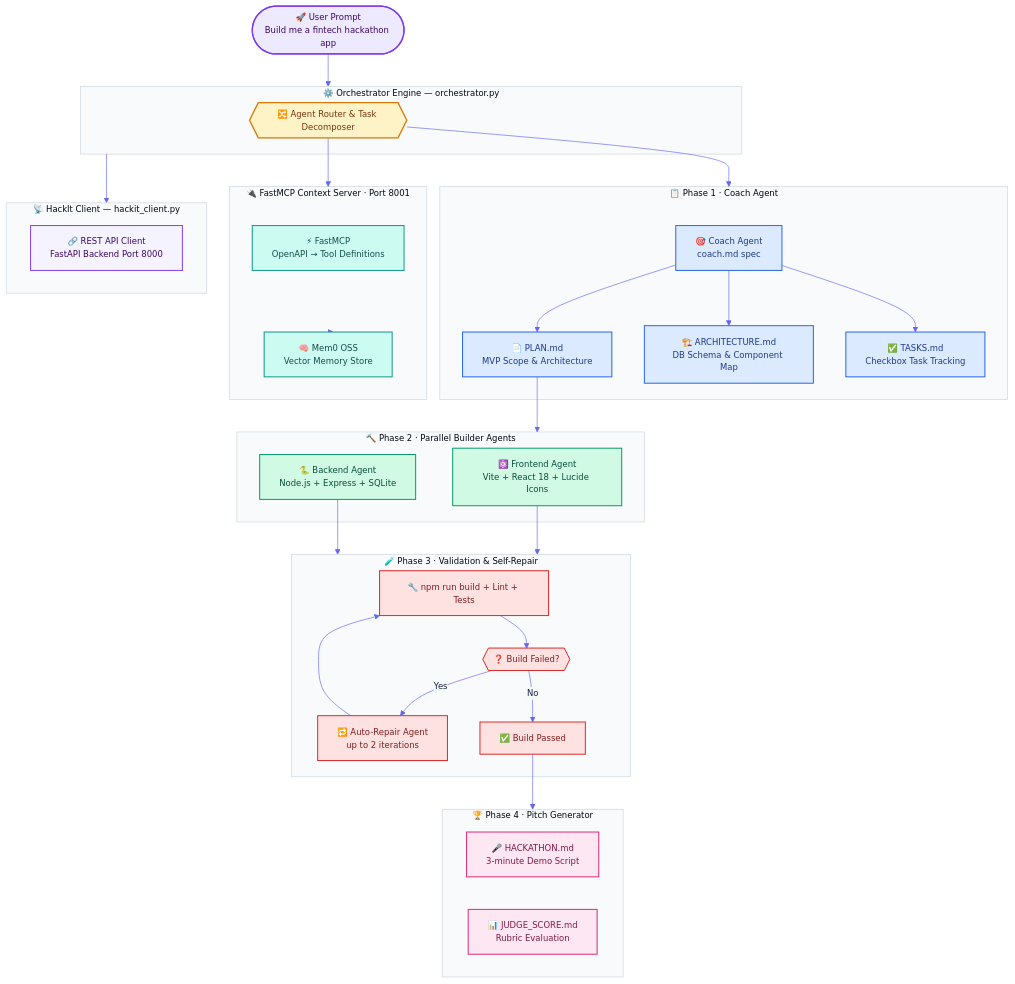
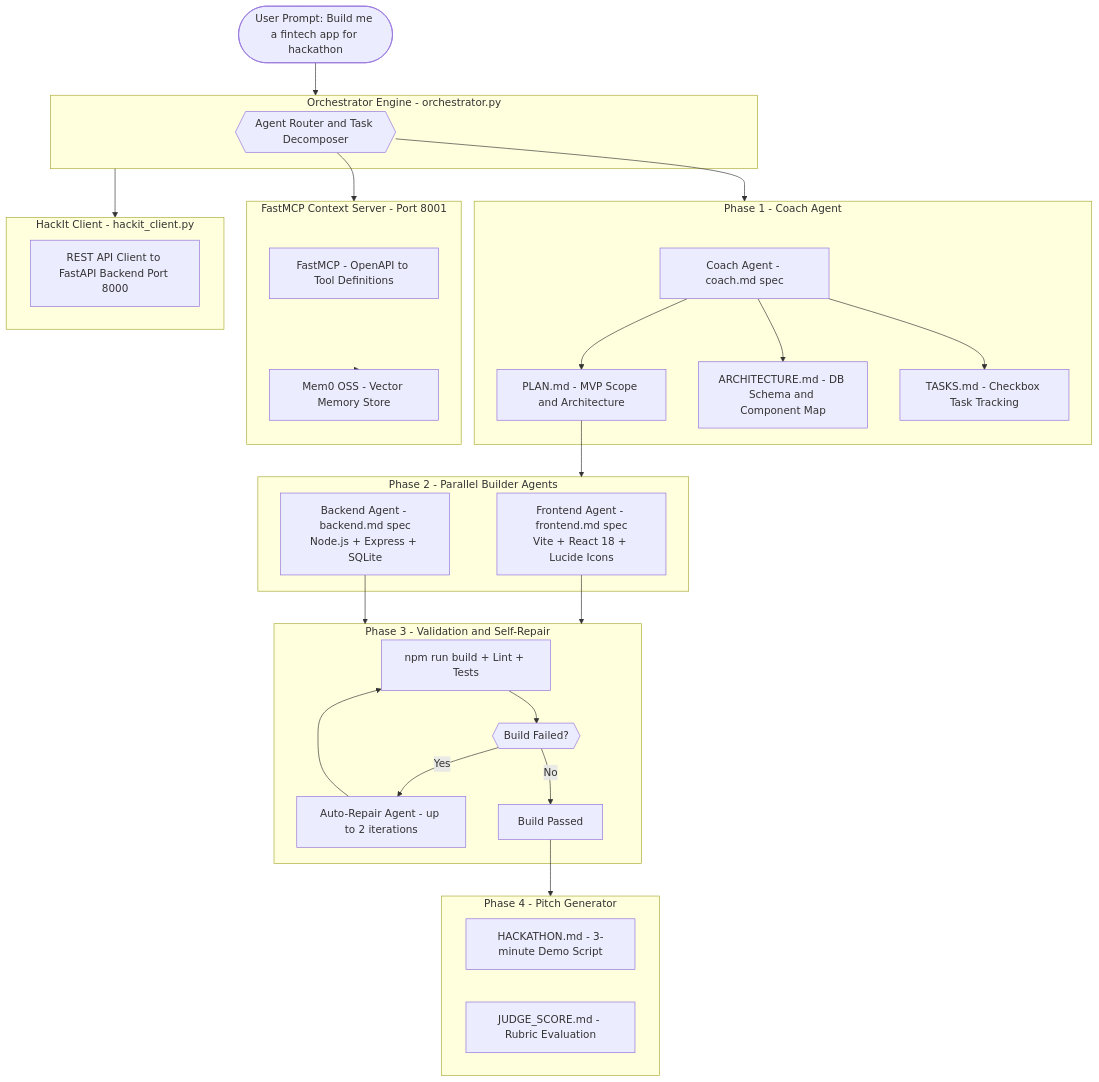
One commit to Mausam-Backup/HACKIT-AI changed the first of 15 diagrams in README.md. Above: the diagram before and after it, drawn with Mermaid. The commit also changed other lines of this file, not shown here.

Commit message:
refactor: simplify readme documentation by removing video thumbnails and streamlining the mermaid agent workflow diagram

````diff
--- a/README.md
+++ b/README.md
@@ -134,72 +116,53 @@
 ```mermaid
-%%{init: {'theme': 'base', 'themeVariables': {'primaryColor': '#EEF2FF', 'primaryTextColor': '#1e1b4b', 'primaryBorderColor': '#818CF8', 'lineColor': '#6366F1', 'secondaryColor': '#F0FDF4', 'tertiaryColor': '#FFF7ED', 'clusterBkg': '#F8FAFC', 'clusterBorder': '#CBD5E1', 'fontFamily': 'ui-sans-serif, system-ui, sans-serif', 'fontSize': '13px'}}}%%
 flowchart TD
-    User(["🚀 User Prompt\nBuild me a fintech hackathon app"])
+    User(["User Prompt: Build me a fintech app for hackathon"])
 
-    subgraph ORCHESTRATOR["⚙️  Orchestrator Engine — orchestrator.py"]
-        Router{{"🔀 Agent Router & Task Decomposer"}}
+    subgraph ORCHESTRATOR["Orchestrator Engine - orchestrator.py"]
+        Router{{"Agent Router and Task Decomposer"}}
     end
 
-    subgraph COACH_PHASE["📋  Phase 1 · Coach Agent"]
-        Coach["🎯 Coach Agent\ncoach.md spec"]
-        Plan["📄 PLAN.md\nMVP Scope & Architecture"]
-        Arch["🏗️ ARCHITECTURE.md\nDB Schema & Component Map"]
-        Tasks["✅ TASKS.md\nCheckbox Task Tracking"]
+    subgraph COACH_PHASE["Phase 1 - Coach Agent"]
+        Coach["Coach Agent - coach.md spec"]
+        Plan["PLAN.md - MVP Scope and Architecture"]
+        Arch["ARCHITECTURE.md - DB Schema and Component Map"]
+        Tasks["TASKS.md - Checkbox Task Tracking"]
     end
 
-    subgraph BUILD_PHASE["🔨  Phase 2 · Parallel Builder Agents"]
-        FE_Agent["⚛️ Frontend Agent\nVite + React 18 + Lucide Icons"]
-        BE_Agent["🐍 Backend Agent\nNode.js + Express + SQLite"]
+    subgraph BUILD_PHASE["Phase 2 - Parallel Builder Agents"]
+        FE_Agent["Frontend Agent - frontend.md spec\nVite + React 18 + Lucide Icons"]
+        BE_Agent["Backend Agent - backend.md spec\nNode.js + Express + SQLite"]
     end
 
-    subgraph VALIDATE_PHASE["🧪  Phase 3 · Validation & Self-Repair"]
-        Build["🔧 npm run build + Lint + Tests"]
-        Repair{{"❓ Build Failed?"}}
-        Fix["🔁 Auto-Repair Agent\nup to 2 iterations"]
-        Pass["✅ Build Passed"]
+    subgraph VALIDATE_PHASE["Phase 3 - Validation and Self-Repair"]
+        Build["npm run build + Lint + Tests"]
+        Repair{{"Build Failed?"}}
+        Fix["Auto-Repair Agent - up to 2 iterations"]
+        Pass["Build Passed"]
     end
 
-    subgraph PITCH_PHASE["🏆  Phase 4 · Pitch Generator"]
-        Pitch["🎤 HACKATHON.md\n3-minute Demo Script"]
-        Score["📊 JUDGE_SCORE.md\nRubric Evaluation"]
+    subgraph PITCH_PHASE["Phase 4 - Pitch Generator"]
+        Pitch["HACKATHON.md - 3-minute Demo Script"]
+        Score["JUDGE_SCORE.md - Rubric Evaluation"]
     end
 
-    subgraph MCP_LAYER["🔌  FastMCP Context Server · Port 8001"]
-        MCP["⚡ FastMCP\nOpenAPI → Tool Definitions"]
-        Mem0["🧠 Mem0 OSS\nVector Memory Store"]
+    subgraph MCP_LAYER["FastMCP Context Server - Port 8001"]
+        MCP["FastMCP - OpenAPI to Tool Definitions"]
+        Mem0["Mem0 OSS - Vector Memory Store"]
     end
 
-    subgraph HACKIT_CLIENT["📡  HackIt Client — hackit_client.py"]
-        Client["🔗 REST API Client\nFastAPI Backend Port 8000"]
+    subgraph HACKIT_CLIENT["HackIt Client - hackit_client.py"]
+        Client["REST API Client to FastAPI Backend Port 8000"]
     end
 
     User --> ORCHESTRATOR
     Router --> COACH_PHASE
     Router --> MCP_LAYER
     Coach --> Plan & Arch & Tasks
     Plan --> BUILD_PHASE
     FE_Agent & BE_Agent --> VALIDATE_PHASE
     Build --> Repair
     Repair -->|Yes| Fix --> Build
     Repair -->|No| Pass --> PITCH_PHASE
     ORCHESTRATOR --> HACKIT_CLIENT
     MCP_LAYER --> Mem0
-
-    classDef userNode fill:#EDE9FE,stroke:#7C3AED,color:#3B0764,stroke-width:2px
-    classDef orchestNode fill:#FEF3C7,stroke:#D97706,color:#78350F,stroke-width:2px
-    classDef coachNode fill:#DBEAFE,stroke:#2563EB,color:#1E3A8A,stroke-width:1.5px
-    classDef buildNode fill:#D1FAE5,stroke:#059669,color:#064E3B,stroke-width:1.5px
-    classDef validateNode fill:#FEE2E2,stroke:#DC2626,color:#7F1D1D,stroke-width:1.5px
-    classDef pitchNode fill:#FCE7F3,stroke:#DB2777,color:#831843,stroke-width:1.5px
-    classDef mcpNode fill:#CCFBF1,stroke:#0D9488,color:#134E4A,stroke-width:1.5px
-    classDef clientNode fill:#F5F3FF,stroke:#7C3AED,color:#3B0764,stroke-width:1.5px
-
-    class User userNode
-    class Router orchestNode
-    class Coach,Plan,Arch,Tasks coachNode
-    class FE_Agent,BE_Agent buildNode
-    class Build,Repair,Fix,Pass validateNode
-    class Pitch,Score pitchNode
-    class MCP,Mem0 mcpNode
-    class Client clientNode
 ```
````
